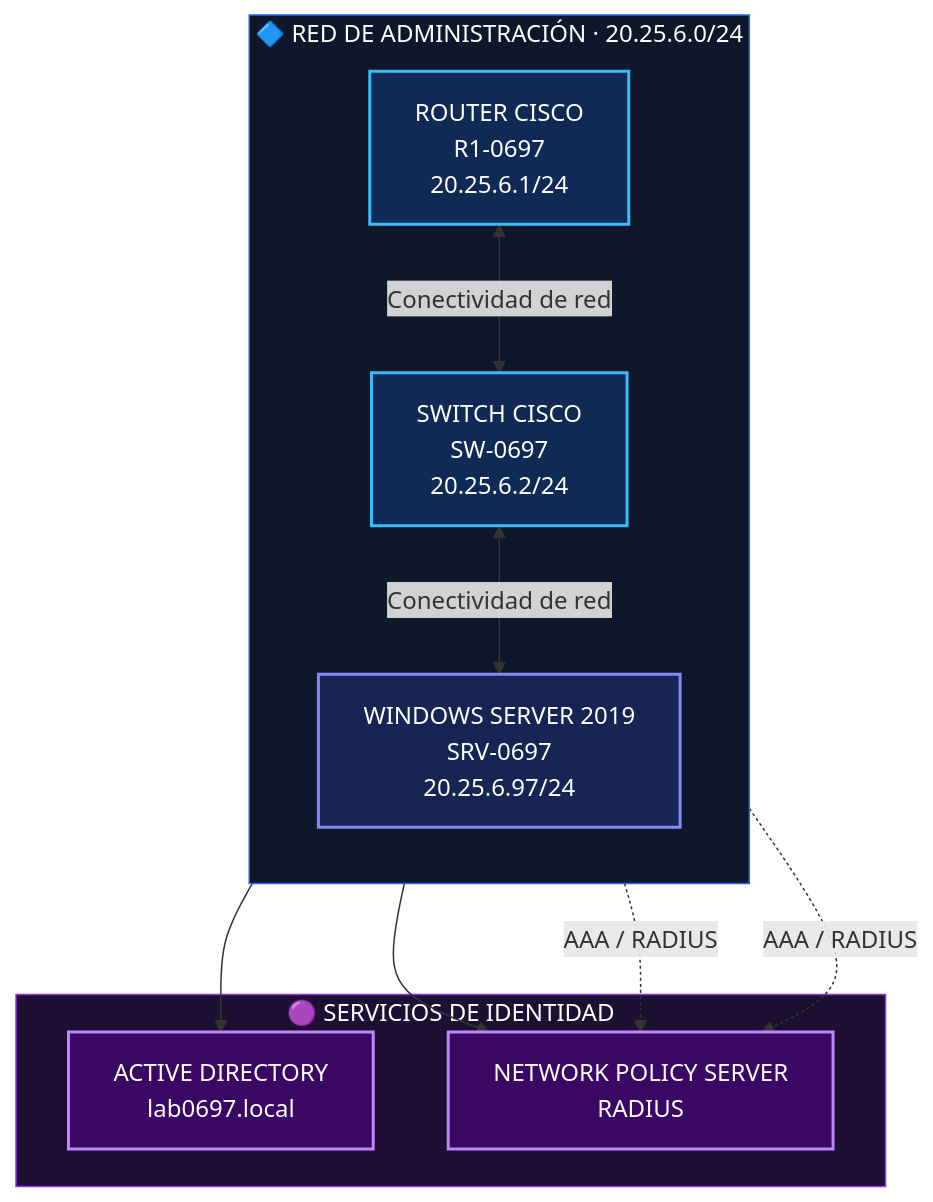
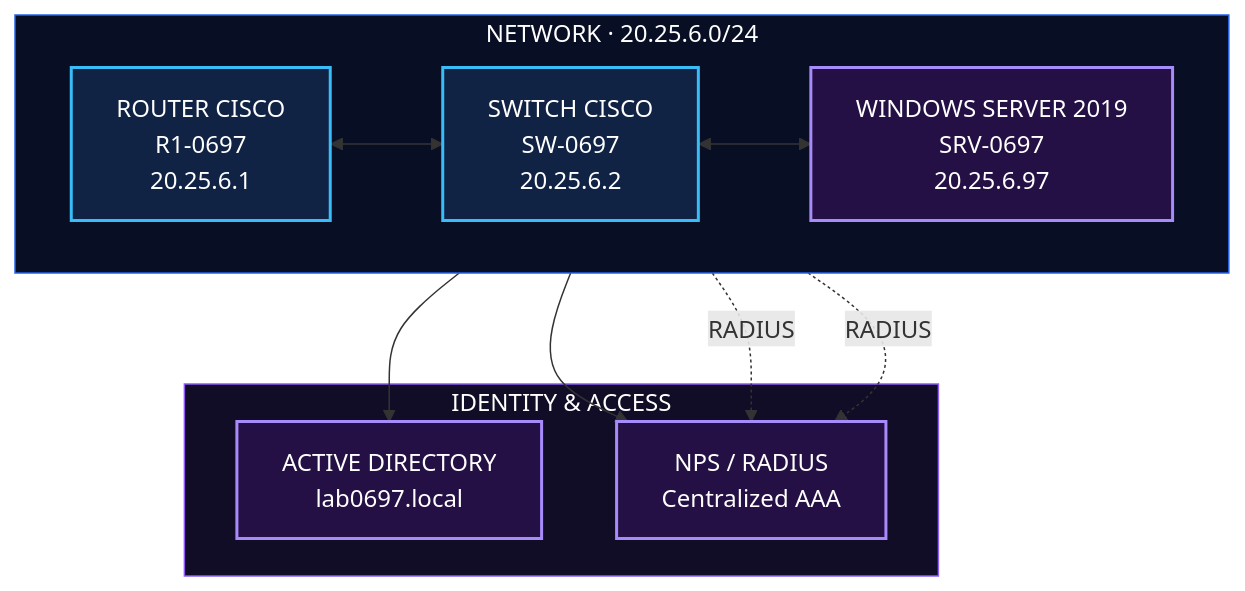
The first of 3 diagrams in radius-nps-active-directory-lab/README.md (emelycarolinacarrascotorres-collab/Radius-nps-active-directory-lab), drawn with Mermaid before and after one commit. The commit also changed other lines of this file, not shown here.

````diff
--- a/radius-nps-active-directory-lab/README.md
+++ b/radius-nps-active-directory-lab/README.md
@@ -134,33 +97,31 @@
 ```mermaid
 flowchart TB
-    subgraph NET["🔷 RED DE ADMINISTRACIÓN · 20.25.6.0/24"]
-        direction TB
-        R1["ROUTER CISCO<br/>R1-0697<br/>20.25.6.1/24"]
-        SW["SWITCH CISCO<br/>SW-0697<br/>20.25.6.2/24"]
-        SRV["WINDOWS SERVER 2019<br/>SRV-0697<br/>20.25.6.97/24"]
+    subgraph NETWORK["NETWORK · 20.25.6.0/24"]
+        direction LR
+        R1["ROUTER CISCO<br/>R1-0697<br/>20.25.6.1"]
+        SW["SWITCH CISCO<br/>SW-0697<br/>20.25.6.2"]
+        SRV["WINDOWS SERVER 2019<br/>SRV-0697<br/>20.25.6.97"]
 
-        R1 <-->|"Conectividad de red"| SW
-        SW <-->|"Conectividad de red"| SRV
+        R1 <--> SW
+        SW <--> SRV
     end
 
-    subgraph SERVICES["🟣 SERVICIOS DE IDENTIDAD"]
+    subgraph IDENTITY["IDENTITY & ACCESS"]
         AD["ACTIVE DIRECTORY<br/>lab0697.local"]
-        NPS["NETWORK POLICY SERVER<br/>RADIUS"]
+        NPS["NPS / RADIUS<br/>Centralized AAA"]
     end
 
     SRV --> AD
     SRV --> NPS
-    R1 -.->|"AAA / RADIUS"| NPS
-    SW -.->|"AAA / RADIUS"| NPS
+    R1 -.->|"RADIUS"| NPS
+    SW -.->|"RADIUS"| NPS
 
-    classDef cisco fill:#102A56,stroke:#38BDF8,color:#FFFFFF,stroke-width:2px
-    classDef server fill:#172554,stroke:#818CF8,color:#FFFFFF,stroke-width:2px
-    classDef service fill:#3B0764,stroke:#C084FC,color:#FFFFFF,stroke-width:2px
+    classDef device fill:#102344,stroke:#38BDF8,color:#FFFFFF,stroke-width:2px
+    classDef identity fill:#241044,stroke:#A78BFA,color:#FFFFFF,stroke-width:2px
 
-    class R1,SW cisco
-    class SRV server
-    class AD,NPS service
+    class R1,SW device
+    class SRV,AD,NPS identity
 
-    style NET fill:#0F172A,stroke:#2563EB,color:#FFFFFF
-    style SERVICES fill:#1E1033,stroke:#9333EA,color:#FFFFFF
+    style NETWORK fill:#080F25,stroke:#2563EB,color:#FFFFFF
+    style IDENTITY fill:#110D26,stroke:#8B5CF6,color:#FFFFFF
 ```
````
